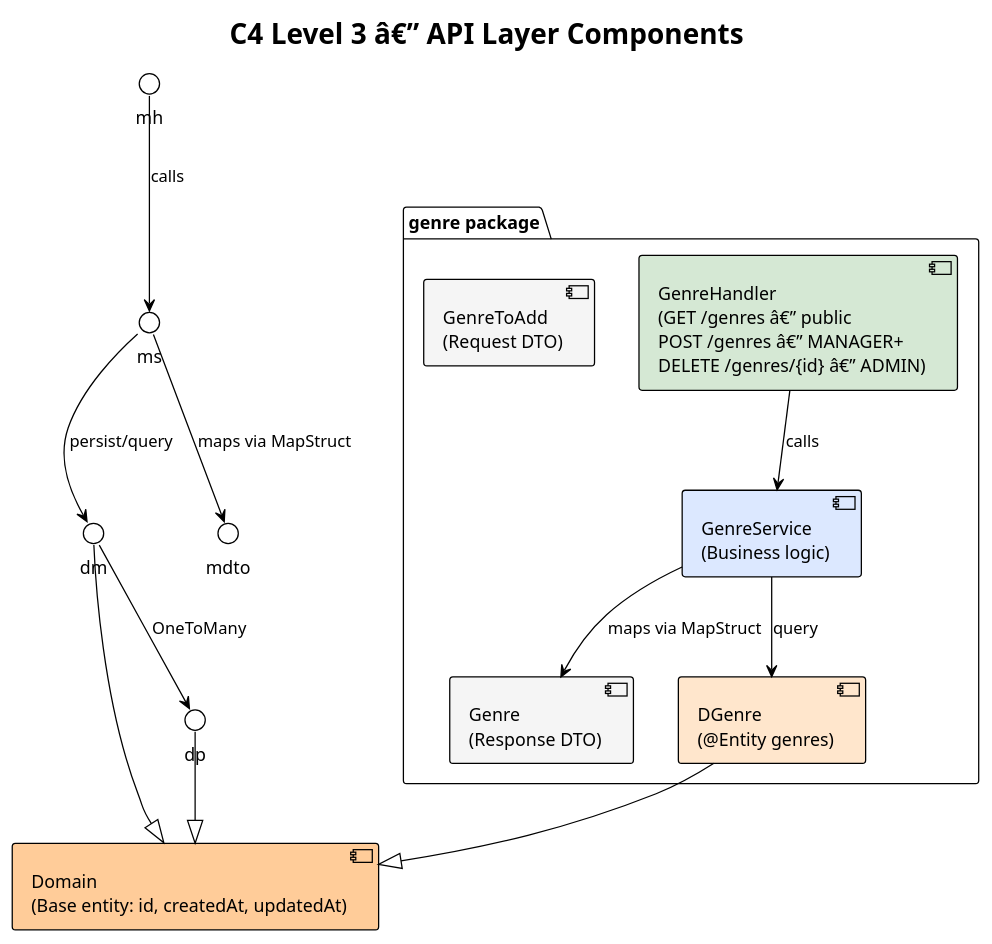
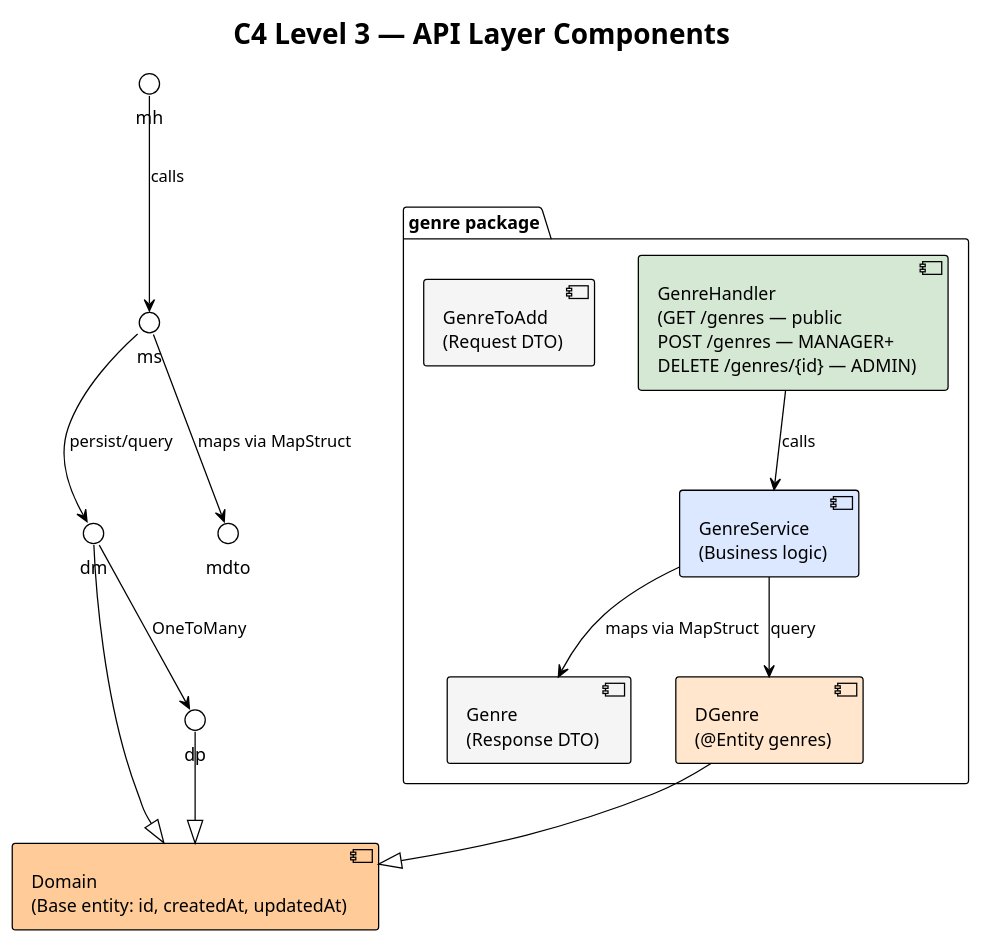
One commit to batzorigt/rest-api-template changed the second of 5 diagrams in docs/architecture.md. Above: the diagram before and after it, drawn with PlantUML. The commit also changed other lines of this file, not shown here.

Commit message:
Fix encoding issues in architecture documentation

````diff
--- a/docs/architecture.md
+++ b/docs/architecture.md
@@ -56,30 +56,30 @@
 ```plantuml
 @startuml C4_Component_API
 !theme plain
-title C4 Level 3 â€” API Layer Components
+title C4 Level 3 — API Layer Components
 
 
 package "genre package" {
-  component "GenreHandler\n(GET /genres â€” public\nPOST /genres â€” MANAGER+\nDELETE /genres/{id} â€” ADMIN)" as gh #d5e8d4
+  component "GenreHandler\n(GET /genres — public\nPOST /genres — MANAGER+\nDELETE /genres/{id} — ADMIN)" as gh #d5e8d4
   component "GenreService\n(Business logic)" as gs #dce8ff
   component "GenreToAdd\n(Request DTO)" as gta #f5f5f5
   component "Genre\n(Response DTO)" as gdto #f5f5f5
   component "DGenre\n(@Entity genres)" as dg #ffe6cc
 }
 
 component "Domain\n(Base entity: id, createdAt, updatedAt)" as domain #ffcc99
 
 mh --> ms : "calls"
 ms --> dm : "persist/query"
 ms --> mdto : "maps via MapStruct"
 dm --> dp : "OneToMany"
 dm --|> domain
 dp --|> domain
 
 gh --> gs : "calls"
 gs --> dg : "query"
 gs --> gdto : "maps via MapStruct"
 dg --|> domain
 
 @enduml
 ```
````
